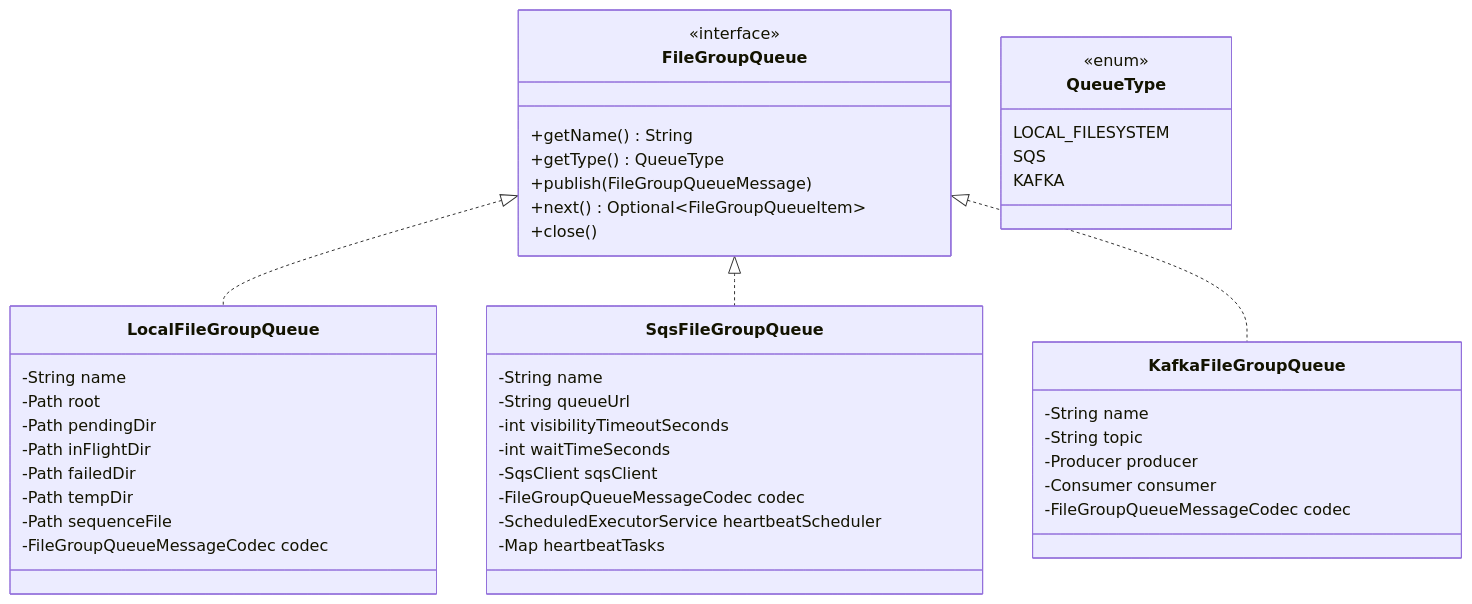
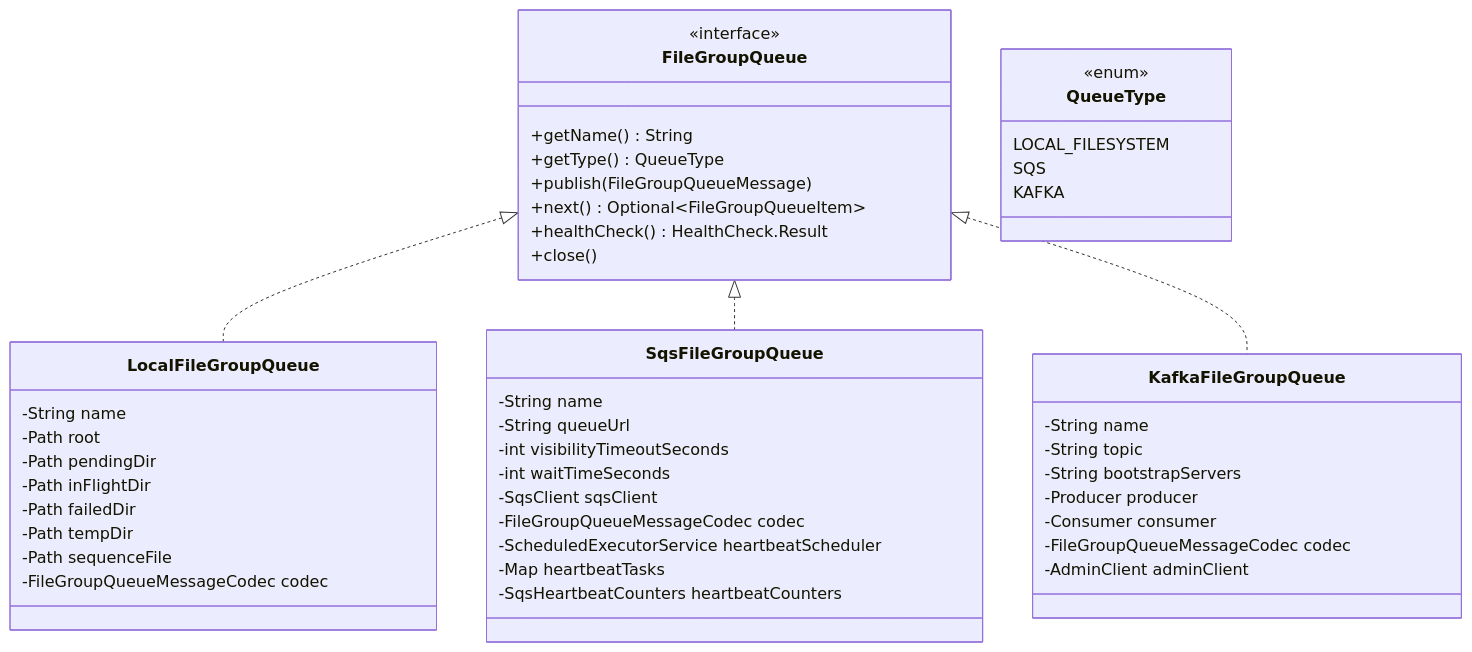
The first of 8 diagrams in stroom-proxy/designs/detailed-design-queues.md (gchq/stroom), drawn with Mermaid before and after one commit. The commit also changed other lines of this file and 22 other files, not shown here.

Commit message:
feat: implement comprehensive pipeline observability with health checks, Prometheus metrics, and enhanced admin monitoring.

````diff
--- a/stroom-proxy/designs/detailed-design-queues.md
+++ b/stroom-proxy/designs/detailed-design-queues.md
@@ -9,52 +9,56 @@
 ```mermaid
 classDiagram
     class FileGroupQueue {
         <<interface>>
         +getName() String
         +getType() QueueType
         +publish(FileGroupQueueMessage)
         +next() Optional~FileGroupQueueItem~
+        +healthCheck() HealthCheck.Result
         +close()
     }
 
     class LocalFileGroupQueue {
         -String name
         -Path root
         -Path pendingDir
         -Path inFlightDir
         -Path failedDir
         -Path tempDir
         -Path sequenceFile
         -FileGroupQueueMessageCodec codec
     }
 
     class SqsFileGroupQueue {
         -String name
         -String queueUrl
         -int visibilityTimeoutSeconds
         -int waitTimeSeconds
         -SqsClient sqsClient
         -FileGroupQueueMessageCodec codec
         -ScheduledExecutorService heartbeatScheduler
         -Map heartbeatTasks
+        -SqsHeartbeatCounters heartbeatCounters
     }
 
     class KafkaFileGroupQueue {
         -String name
         -String topic
+        -String bootstrapServers
         -Producer producer
         -Consumer consumer
         -FileGroupQueueMessageCodec codec
+        -AdminClient adminClient
     }
 
     class QueueType {
         <<enum>>
         LOCAL_FILESYSTEM
         SQS
         KAFKA
     }
 
     FileGroupQueue <|.. LocalFileGroupQueue
     FileGroupQueue <|.. SqsFileGroupQueue
     FileGroupQueue <|.. KafkaFileGroupQueue
 ```
````
